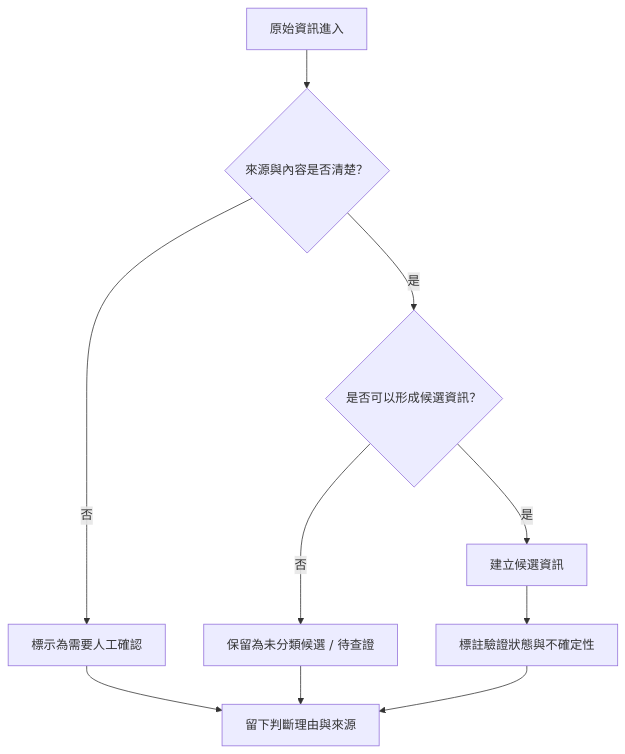
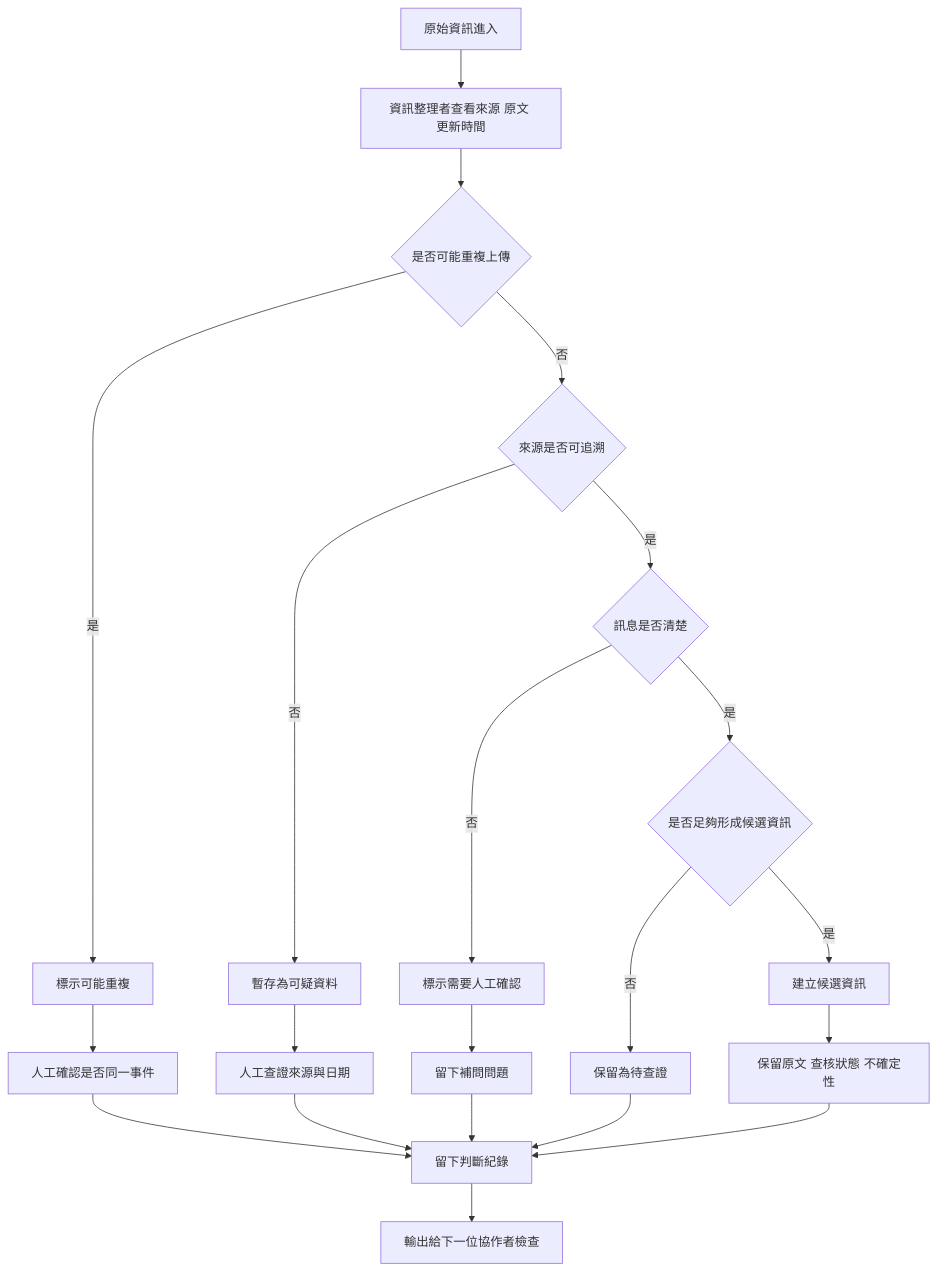
Before and after one commit to SITCON-Camp-2026/t4-m3-se-disaster: the diagram in docs/flow.md, drawn with Mermaid. The commit also changed other lines of this file and 15 other files, not shown here.

````diff
--- a/docs/flow.md
+++ b/docs/flow.md
@@ -21,12 +27,23 @@
 ```mermaid
 flowchart TD
-  A[原始資訊進入] --> B{來源與內容是否清楚？}
-  B -->|否| C[標示為需要人工確認]
-  B -->|是| D{是否可以形成候選資訊？}
-  D -->|否| E[保留為未分類候選 / 待查證]
-  D -->|是| F[建立候選資訊]
-  F --> G[標註驗證狀態與不確定性]
-  C --> H[留下判斷理由與來源]
-  E --> H
-  G --> H
+  A[原始資訊進入] --> B[資訊整理者查看來源 原文 更新時間]
+  B --> C{是否可能重複上傳}
+  C -->|是| D[標示可能重複]
+  D --> E[人工確認是否同一事件]
+  C -->|否| F{來源是否可追溯}
+  F -->|否| G[暫存為可疑資料]
+  G --> H[人工查證來源與日期]
+  F -->|是| I{訊息是否清楚}
+  I -->|否| J[標示需要人工確認]
+  J --> K[留下補問問題]
+  I -->|是| L{是否足夠形成候選資訊}
+  L -->|否| M[保留為待查證]
+  L -->|是| N[建立候選資訊]
+  N --> O[保留原文 查核狀態 不確定性]
+  E --> P[留下判斷紀錄]
+  H --> P
+  K --> P
+  M --> P
+  O --> P
+  P --> Q[輸出給下一位協作者檢查]
 ```
````
